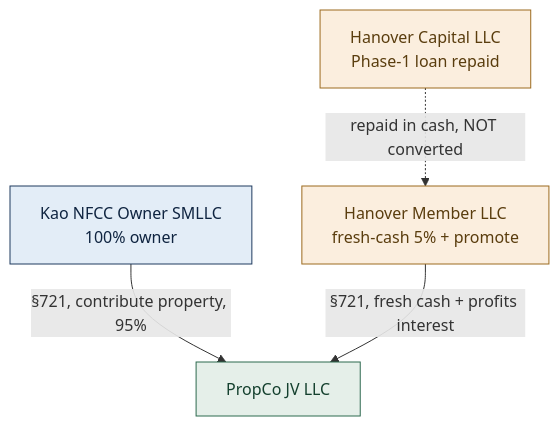
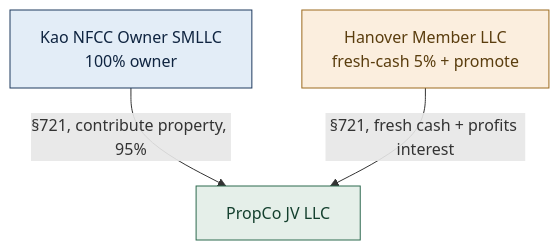
The sixth of 8 diagrams in North_Forsyth_1031_Diagrams.md (EthanCow/North-Forsyth-1031-Diagrams), drawn with Mermaid before and after one commit. The commit also changed other lines of this file, not shown here.

````diff
--- a/North_Forsyth_1031_Diagrams.md
+++ b/North_Forsyth_1031_Diagrams.md
@@ -463,13 +392,11 @@
 ```mermaid
 flowchart TB
   LLC["Kao NFCC Owner SMLLC\n100% owner"]:::kao
   JV["PropCo JV LLC"]:::asset
   H["Hanover Member LLC\nfresh-cash 5% + promote"]:::han
-  HL["Hanover Capital LLC\nPhase-1 loan repaid"]:::han
   LLC -->|"§721, contribute property, 95%"| JV
   H -->|"§721, fresh cash + profits interest"| JV
-  HL -.->|"repaid in cash, NOT converted"| H
   classDef kao fill:#e3edf7,stroke:#1f3a5f,color:#0f2440;
   classDef han fill:#fbeede,stroke:#9c6b1e,color:#5a3d0e;
   classDef asset fill:#e5efe9,stroke:#2d6a4f,color:#14402e;
 ```
````
